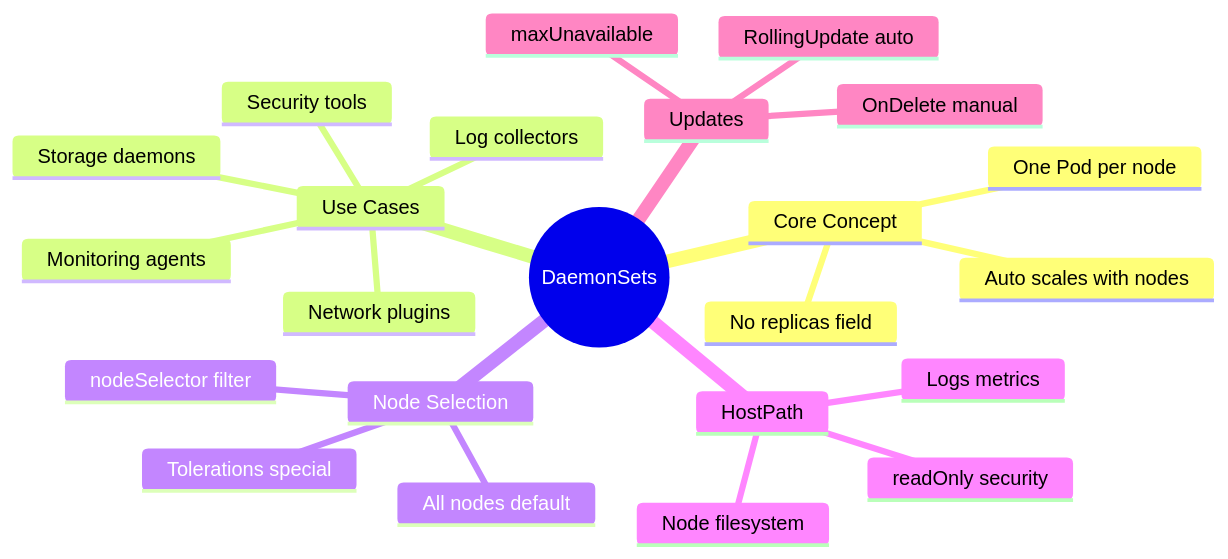
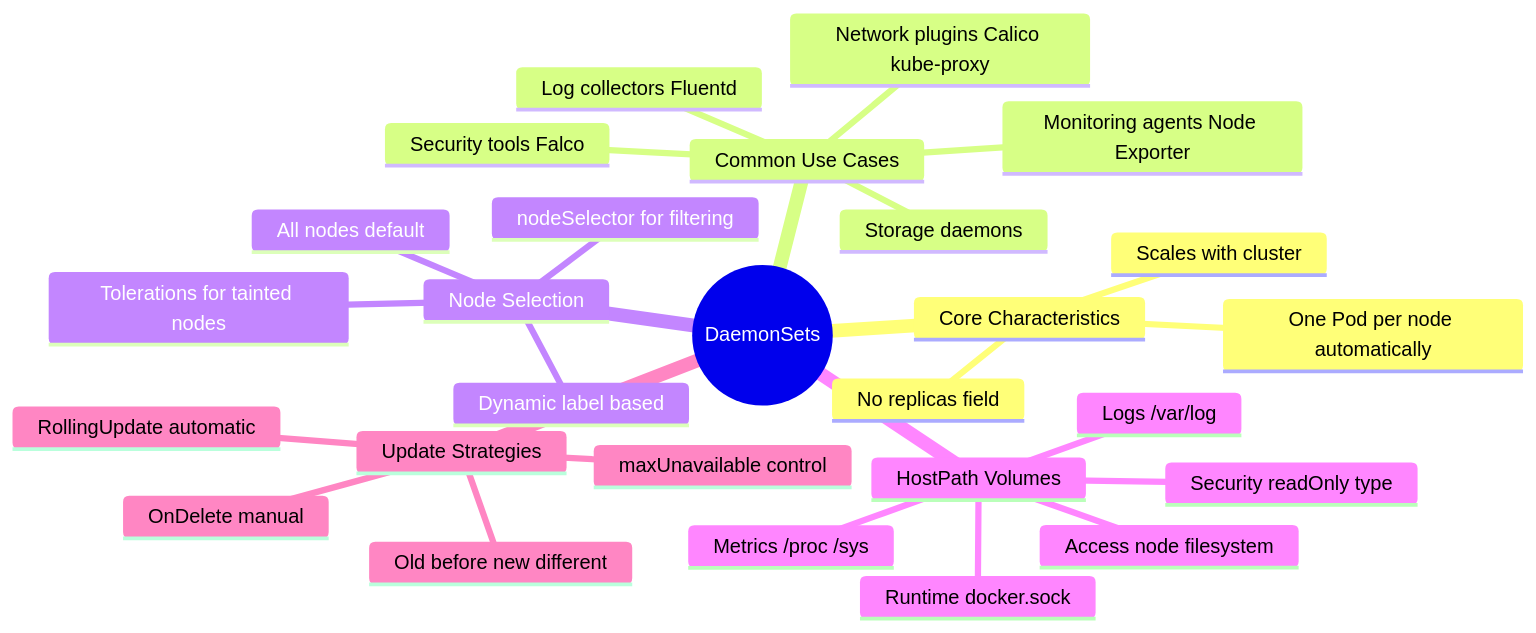
One commit to courselabs/kubernetes changed diagram 18 of 18 in slides/daemonsets/slides.md. Above: the diagram before and after it, drawn with Mermaid. The commit also changed other lines of this file and 7 other files, not shown here.

````diff
--- a/slides/daemonsets/slides.md
+++ b/slides/daemonsets/slides.md
@@ -758,26 +1019,30 @@
 ```mermaid
 mindmap
   root((DaemonSets))
-    Core Concept
-      One Pod per node
+    Core Characteristics
+      One Pod per node automatically
       No replicas field
-      Auto scales with nodes
-    Use Cases
-      Monitoring agents
-      Log collectors
-      Network plugins
+      Scales with cluster
+    Common Use Cases
+      Monitoring agents Node Exporter
+      Log collectors Fluentd
+      Network plugins Calico kube-proxy
       Storage daemons
-      Security tools
+      Security tools Falco
     Node Selection
       All nodes default
-      nodeSelector filter
-      Tolerations special
-    HostPath
-      Node filesystem
-      Logs metrics
-      readOnly security
-    Updates
-      RollingUpdate auto
+      nodeSelector for filtering
+      Tolerations for tainted nodes
+      Dynamic label based
+    HostPath Volumes
+      Access node filesystem
+      Logs /var/log
+      Metrics /proc /sys
+      Runtime docker.sock
+      Security readOnly type
+    Update Strategies
+      RollingUpdate automatic
+      maxUnavailable control
       OnDelete manual
-      maxUnavailable
+      Old before new different
 ```
````
